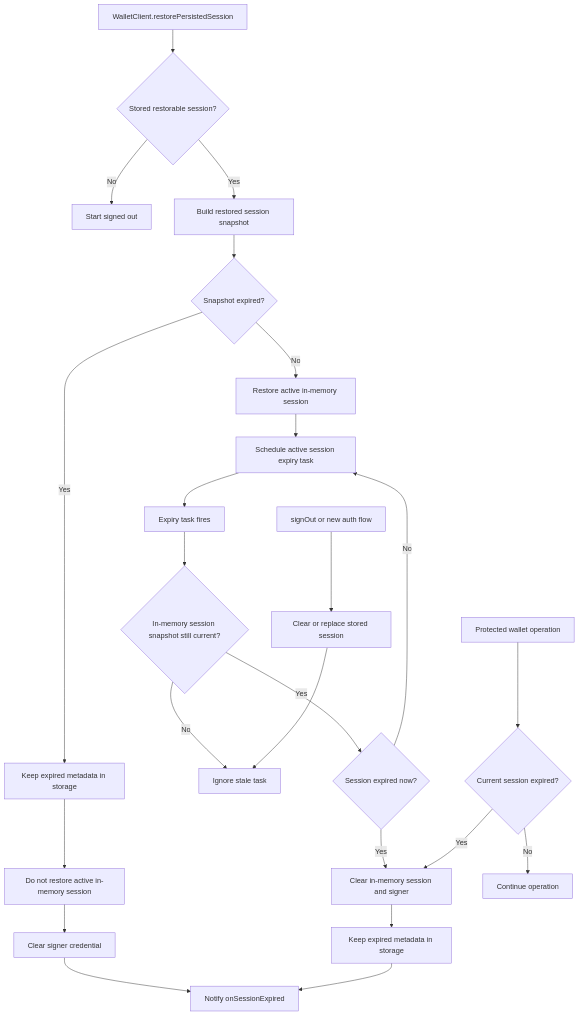
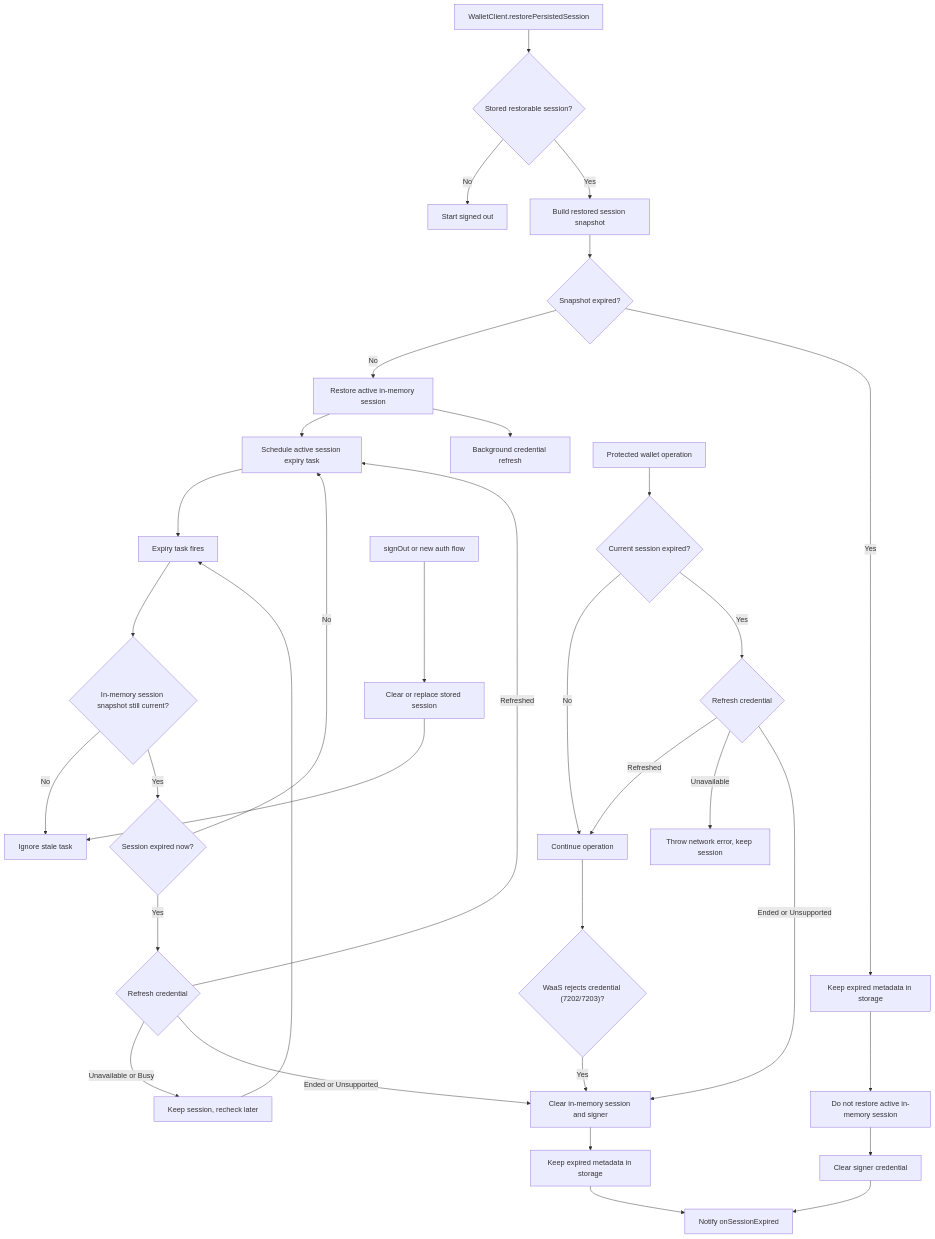
One commit to 0xsequence/kotlin-sdk changed the diagram in docs/session-expiry-flow.md. Above: the diagram before and after it, drawn with Mermaid. The commit also changed other lines of this file and 18 other files, not shown here.

First line of the commit message:
feat(session): refresh the sliding credential expiry

````diff
--- a/docs/session-expiry-flow.md
+++ b/docs/session-expiry-flow.md
@@ -19,32 +64,42 @@
 ```mermaid
 flowchart TD
   A["WalletClient.restorePersistedSession"] --> B{"Stored restorable session?"}
   B -- "No" --> C["Start signed out"]
 
   B -- "Yes" --> D["Build restored session snapshot"]
   D --> E{"Snapshot expired?"}
 
   E -- "No" --> F["Restore active in-memory session"]
   F --> G["Schedule active session expiry task"]
+  F --> R0["Background credential refresh"]
 
   E -- "Yes" --> H["Keep expired metadata in storage"]
   H --> I["Do not restore active in-memory session"]
   I --> J["Clear signer credential"]
   J --> K["Notify onSessionExpired"]
 
   G --> L["Expiry task fires"]
   L --> M{"In-memory session snapshot still current?"}
   M -- "No" --> N["Ignore stale task"]
   M -- "Yes" --> O{"Session expired now?"}
   O -- "No" --> G
-  O -- "Yes" --> P["Clear in-memory session and signer"]
+  O -- "Yes" --> RF{"Refresh credential"}
+  RF -- "Refreshed" --> G
+  RF -- "Unavailable or Busy" --> RT["Keep session, recheck later"]
+  RT --> L
+  RF -- "Ended or Unsupported" --> P["Clear in-memory session and signer"]
   P --> Q["Keep expired metadata in storage"]
   Q --> K
 
-  R["Protected wallet operation"] --> S{"Current session expired?"}
+  S0["Protected wallet operation"] --> S{"Current session expired?"}
   S -- "No" --> T["Continue operation"]
-  S -- "Yes" --> P
+  S -- "Yes" --> RO{"Refresh credential"}
+  RO -- "Refreshed" --> T
+  RO -- "Unavailable" --> X["Throw network error, keep session"]
+  RO -- "Ended or Unsupported" --> P
+  T --> W{"WaaS rejects credential (7202/7203)?"}
+  W -- "Yes" --> P
 
   U["signOut or new auth flow"] --> V["Clear or replace stored session"]
   V --> N
 ```
````
